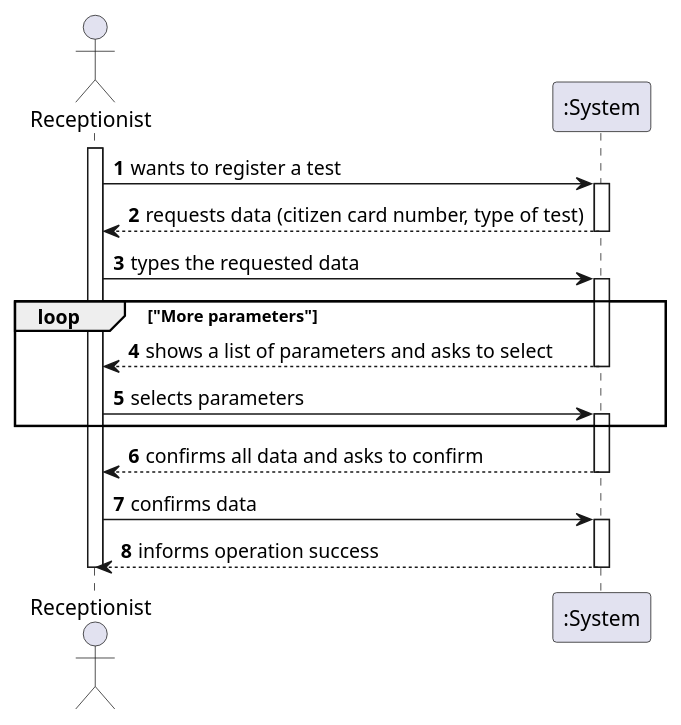
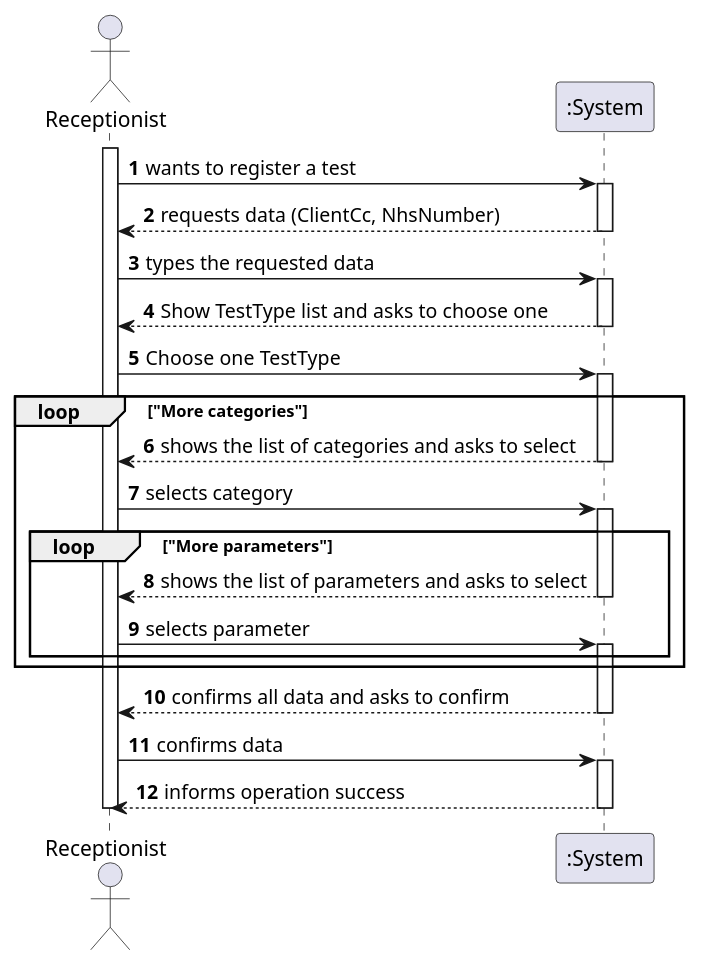
Before and after one commit to MarianaCLages/LAPR2: the diagram in docs/SprintC/US04/US4_SSD.puml, drawn with PlantUML. The commit also changed 10 other files, not shown here.

```diff
--- a/docs/SprintC/US04/US4_SSD.puml
+++ b/docs/SprintC/US04/US4_SSD.puml
@@ -1,27 +1,37 @@
 @startuml
 autonumber
 
 actor Receptionist as R
 participant ":System" as S
 
 activate R
 R -> S: wants to register a test
 activate S
-S --> R: requests data (citizen card number, type of test)
+S --> R: requests data (ClientCc, NhsNumber)
 deactivate S
 R -> S: types the requested data
 activate S
+S --> R: Show TestType list and asks to choose one
+deactivate S
+R -> S: Choose one TestType
+activate S
+loop "More categories"
+S --> R: shows the list of categories and asks to select
+deactivate S
+R -> S: selects category
+activate S
 loop "More parameters"
-S --> R: shows a list of parameters and asks to select
+S --> R: shows the list of parameters and asks to select
 deactivate S
-R -> S: selects parameters
+R -> S: selects parameter
 activate S
+end
 end
 S --> R: confirms all data and asks to confirm
 deactivate S
 R -> S: confirms data
 activate S
 S --> R: informs operation success
 deactivate S
 deactivate R
 @enduml
```
